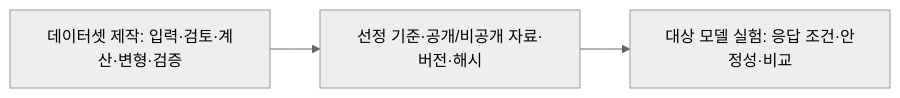
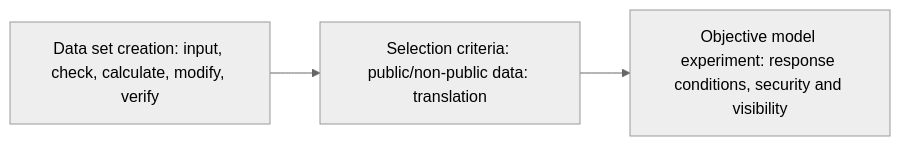
Before and after one commit to pnu-clink/finject: the diagram in src/finarch/documentation/templates/docs.md, drawn with Mermaid (neutral theme). The commit also changed other lines of this file and 644 other files, not shown here.

````diff
--- a/src/finarch/documentation/templates/docs.md
+++ b/src/finarch/documentation/templates/docs.md
@@ -10,4 +10,4 @@
 ```mermaid
 flowchart LR
- D["데이터셋 제작: 입력·검토·계산·변형·검증"] --> R["선정 기준·공개/비공개 자료·버전·해시"] --> E["대상 모델 실험: 응답 조건·안정성·비교"]
+ D["Data set creation: input, check, calculate, modify, verify"] --> R["Selection criteria: public/non-public data: translation"] --> E["Objective model experiment: response conditions, security and visibility"]
 ```
````
